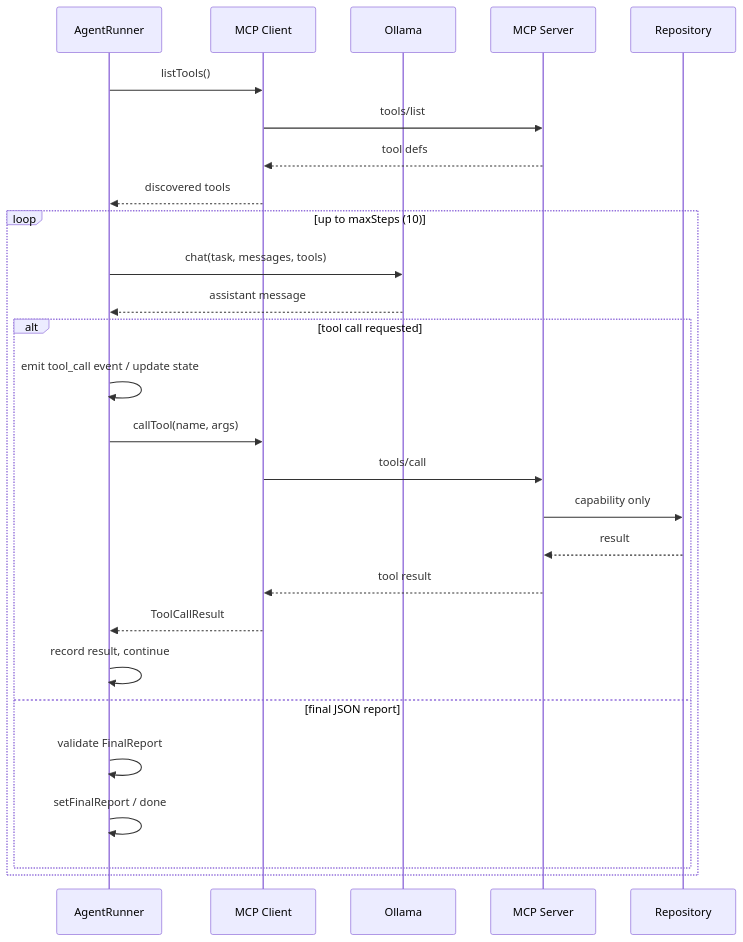
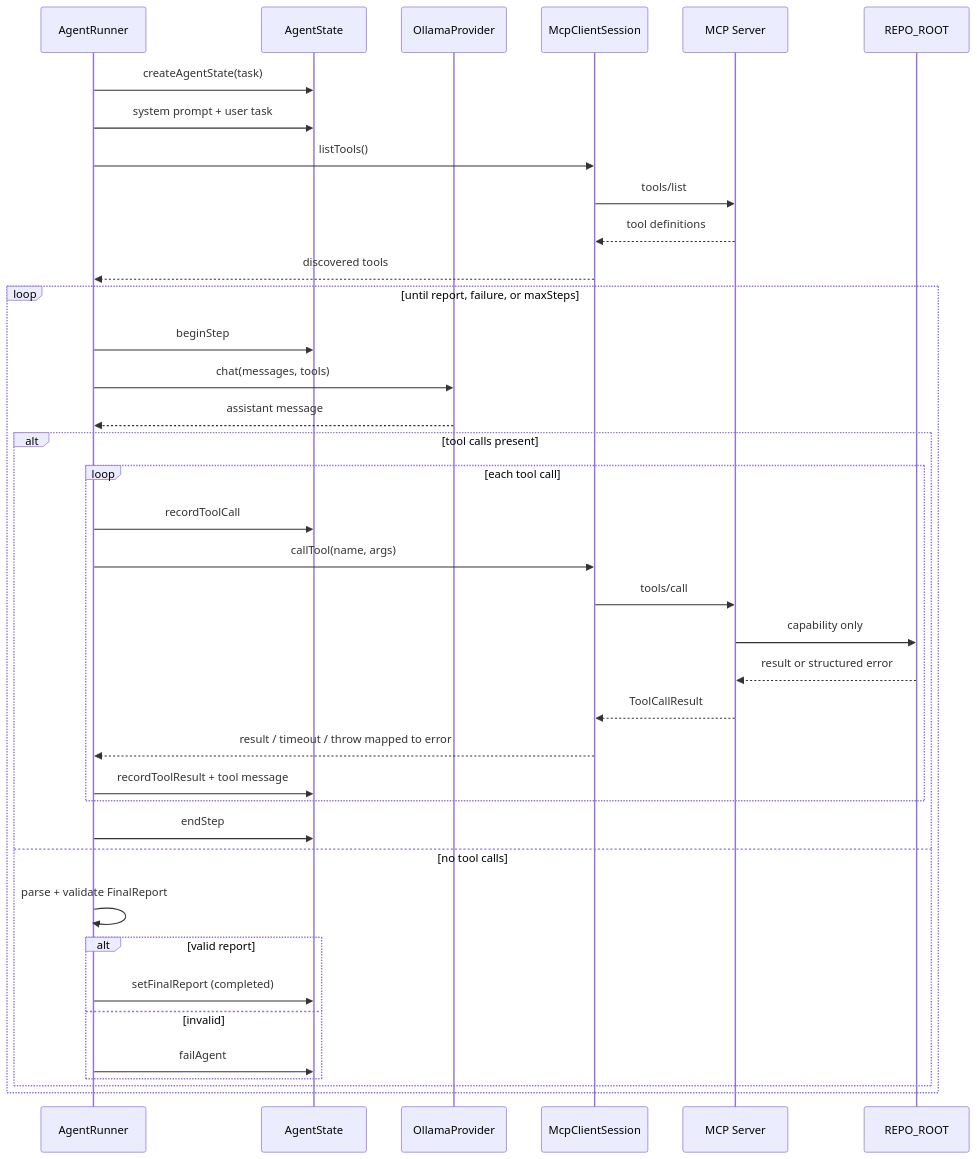
One commit to orpazavdaev/ai-agent-platform changed the second of 2 diagrams in docs/agent-design.md. Above: the diagram before and after it, drawn with Mermaid. The commit also changed other lines of this file, not shown here.

Commit message:
Create Agent Design Documentation

````diff
--- a/docs/agent-design.md
+++ b/docs/agent-design.md
@@ -54,32 +98,43 @@
 ```mermaid
 sequenceDiagram
   participant Runner as AgentRunner
-  participant MCP as MCP Client
-  participant LLM as Ollama
+  participant State as AgentState
+  participant LLM as OllamaProvider
+  participant MCP as McpClientSession
   participant Server as MCP Server
-  participant Repo as Repository
+  participant Repo as REPO_ROOT
 
+  Runner->>State: createAgentState(task)
+  Runner->>State: system prompt + user task
   Runner->>MCP: listTools()
   MCP->>Server: tools/list
-  Server-->>MCP: tool defs
+  Server-->>MCP: tool definitions
   MCP-->>Runner: discovered tools
 
-  loop up to maxSteps (10)
-    Runner->>LLM: chat(task, messages, tools)
+  loop until report, failure, or maxSteps
+    Runner->>State: beginStep
+    Runner->>LLM: chat(messages, tools)
     LLM-->>Runner: assistant message
 
-    alt tool call requested
-      Runner->>Runner: emit tool_call event / update state
-      Runner->>MCP: callTool(name, args)
-      MCP->>Server: tools/call
-      Server->>Repo: capability only
-      Repo-->>Server: result
-      Server-->>MCP: tool result
-      MCP-->>Runner: ToolCallResult
-      Runner->>Runner: record result, continue
-    else final JSON report
-      Runner->>Runner: validate FinalReport
-      Runner->>Runner: setFinalReport / done
+    alt tool calls present
+      loop each tool call
+        Runner->>State: recordToolCall
+        Runner->>MCP: callTool(name, args)
+        MCP->>Server: tools/call
+        Server->>Repo: capability only
+        Repo-->>Server: result or structured error
+        Server-->>MCP: ToolCallResult
+        MCP-->>Runner: result / timeout / throw mapped to error
+        Runner->>State: recordToolResult + tool message
+      end
+      Runner->>State: endStep
+    else no tool calls
+      Runner->>Runner: parse + validate FinalReport
+      alt valid report
+        Runner->>State: setFinalReport (completed)
+      else invalid
+        Runner->>State: failAgent
+      end
     end
   end
 ```
````
